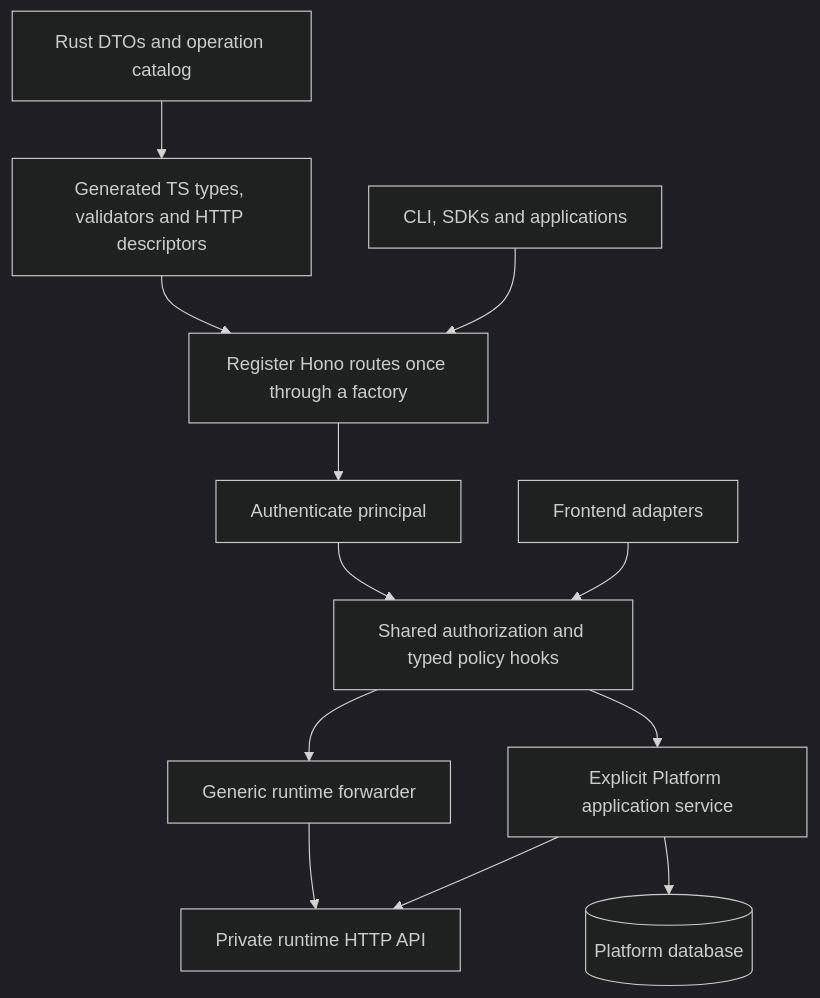
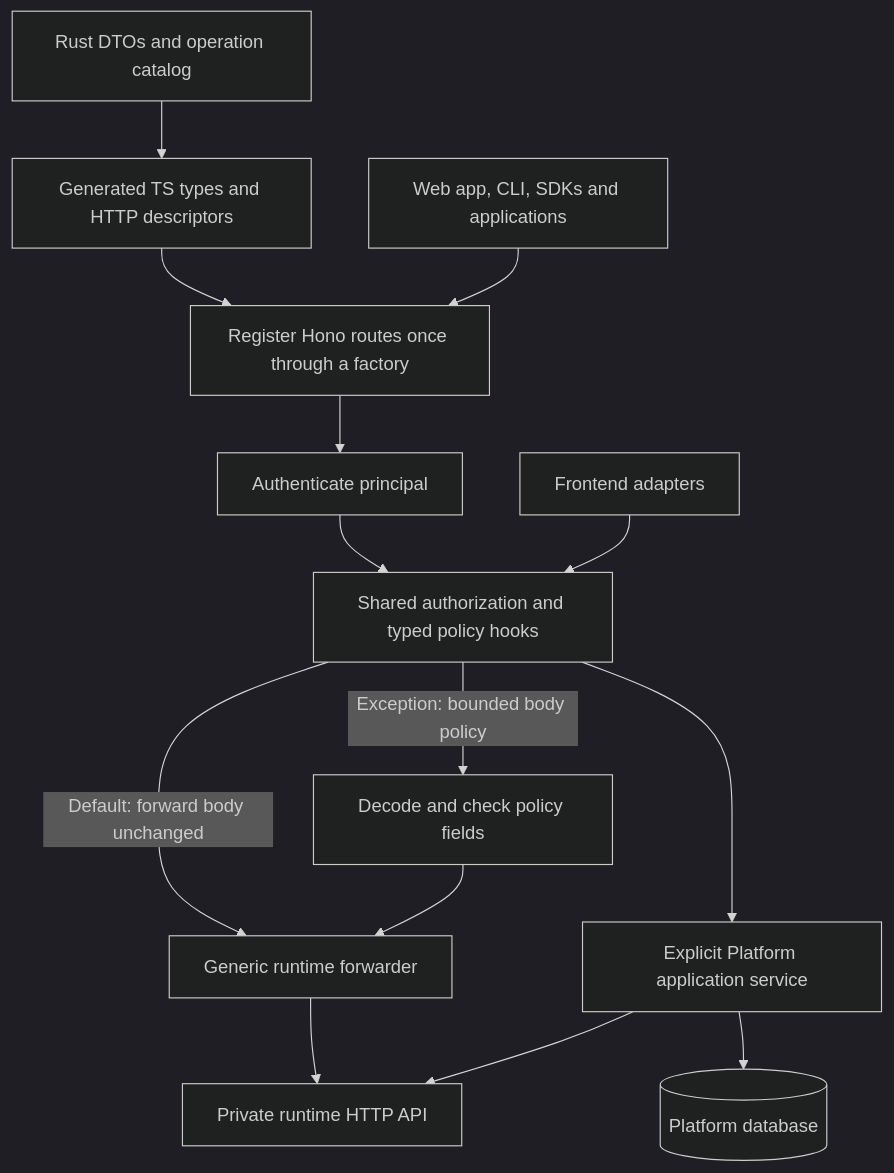
One commit to smartcomputer-ai/lightspeed changed the second of 2 diagrams in docs/roadmap/p208b-resource-http-api.md. Above: the diagram before and after it, drawn with Mermaid (dark theme). The commit also changed other lines of this file, not shown here.

````diff
--- a/docs/roadmap/p208b-resource-http-api.md
+++ b/docs/roadmap/p208b-resource-http-api.md
@@ -289,14 +311,16 @@
 ```mermaid
 flowchart TB
-    Rust[Rust DTOs and operation catalog] --> Generated[Generated TS types, validators and HTTP descriptors]
+    Rust[Rust DTOs and operation catalog] --> Generated[Generated TS types and HTTP descriptors]
     Generated --> Routes[Register Hono routes once through a factory]
-    Clients[CLI, SDKs and applications] --> Routes
+    Clients[Web app, CLI, SDKs and applications] --> Routes
     Routes --> Principal[Authenticate principal]
     Principal --> Policy[Shared authorization and typed policy hooks]
     UI[Frontend adapters] --> Policy
-    Policy --> Proxy[Generic runtime forwarder]
+    Policy -->|Default: forward body unchanged| Proxy[Generic runtime forwarder]
+    Policy -->|Exception: bounded body policy| Inspect[Decode and check policy fields]
+    Inspect --> Proxy
     Policy --> Native[Explicit Platform application service]
     Proxy --> Runtime[Private runtime HTTP API]
     Native --> Runtime
     Native --> DB[(Platform database)]
 ```
````
